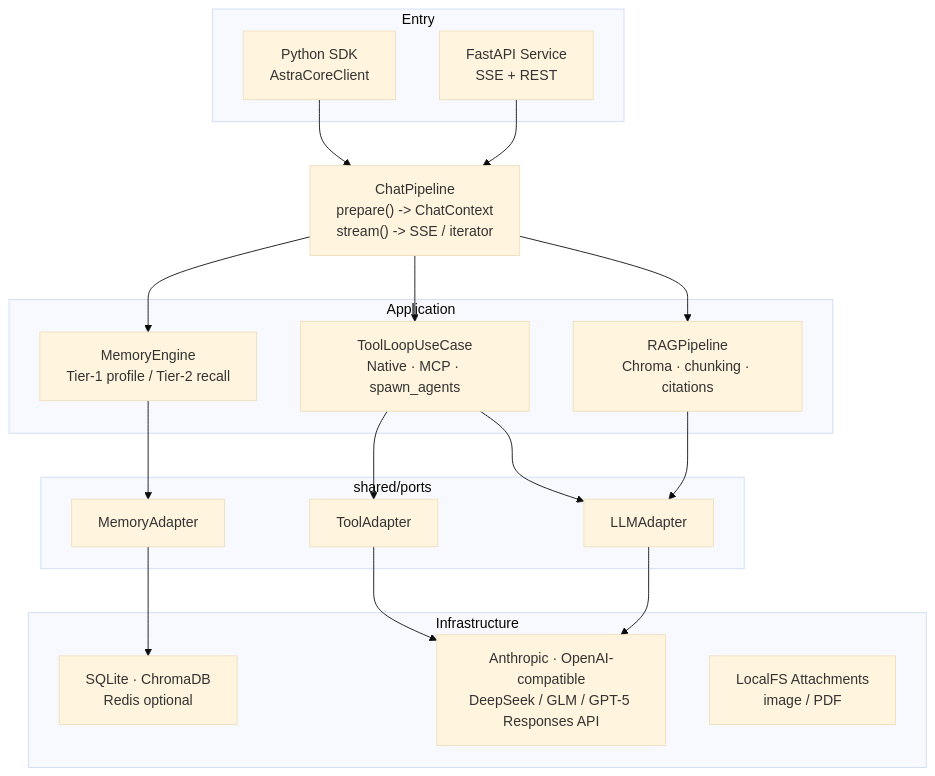
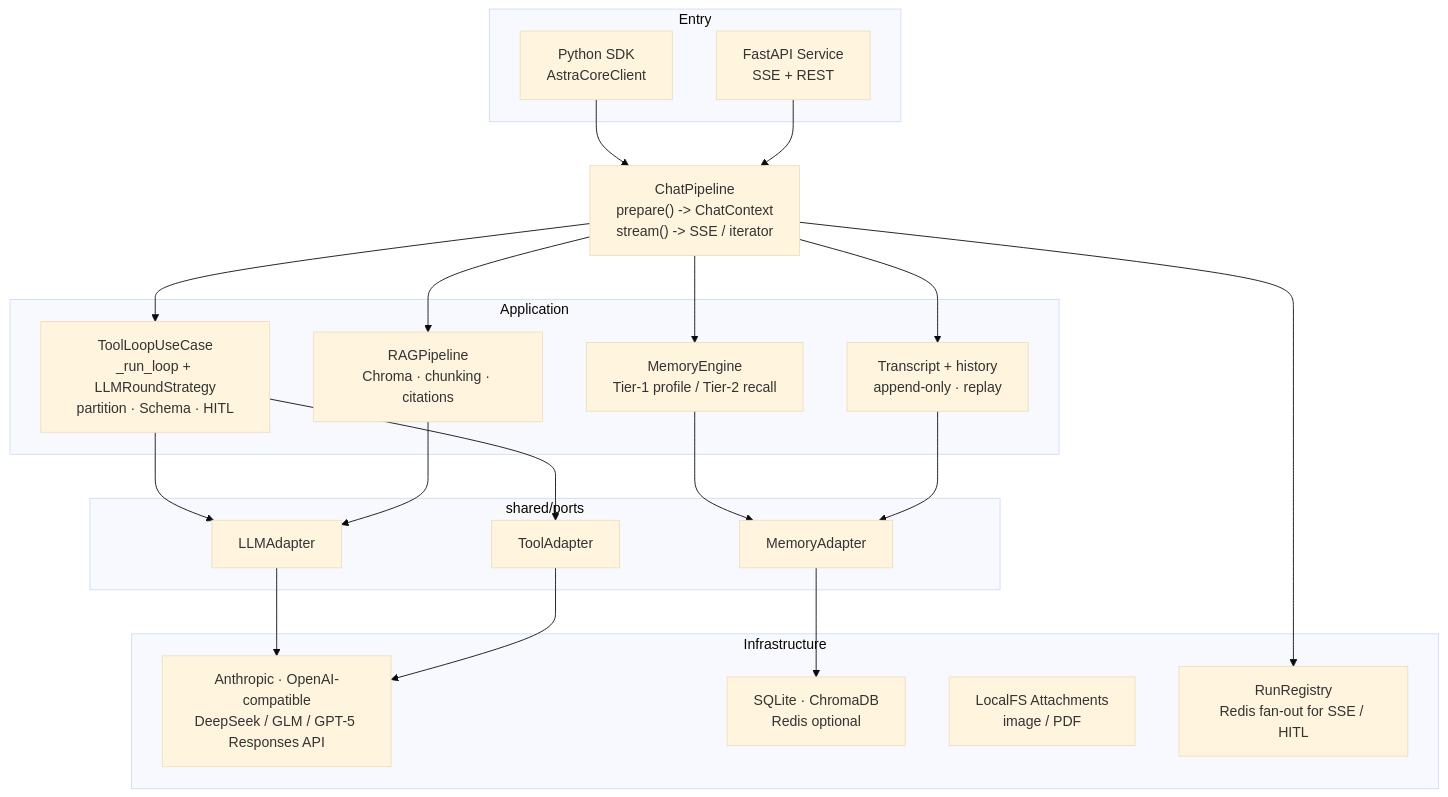
The diagram in README.md (ayxworxfr/AstraCoreAI), drawn with Mermaid (base theme) before and after one commit. The commit also changed other lines of this file and 82 other files, not shown here.

````diff
--- a/README.md
+++ b/README.md
@@ -121,38 +126,42 @@
 ```mermaid
 flowchart TD
     subgraph Entry
         SDK["Python SDK\nAstraCoreClient"]
         HTTP["FastAPI Service\nSSE + REST"]
     end
 
     SDK & HTTP --> CP
 
     CP["ChatPipeline\nprepare() -> ChatContext\nstream() -> SSE / iterator"]
 
     subgraph Application
         ME["MemoryEngine\nTier-1 profile / Tier-2 recall"]
-        TL["ToolLoopUseCase\nNative · MCP · spawn_agents"]
+        TL["ToolLoopUseCase\n_run_loop + LLMRoundStrategy\npartition · Schema · HITL"]
         RP["RAGPipeline\nChroma · chunking · citations"]
+        TR["Transcript + history\nappend-only · replay"]
     end
 
-    CP --> ME & TL & RP
+    CP --> ME & TL & RP & TR
 
     subgraph Ports["shared/ports"]
         LLMPort["LLMAdapter"]
         ToolPort["ToolAdapter"]
         MemPort["MemoryAdapter"]
     end
 
     ME --> MemPort
     TL --> ToolPort & LLMPort
     RP --> LLMPort
+    TR --> MemPort
 
     subgraph Infrastructure
         INF_LLM["Anthropic · OpenAI-compatible\nDeepSeek / GLM / GPT-5 Responses API"]
         INF_MEM["SQLite · ChromaDB\nRedis optional"]
         INF_ATT["LocalFS Attachments\nimage / PDF"]
+        INF_RUN["RunRegistry\nRedis fan-out for SSE / HITL"]
     end
 
     LLMPort & ToolPort --> INF_LLM
     MemPort --> INF_MEM
+    CP --> INF_RUN
 ```
````
